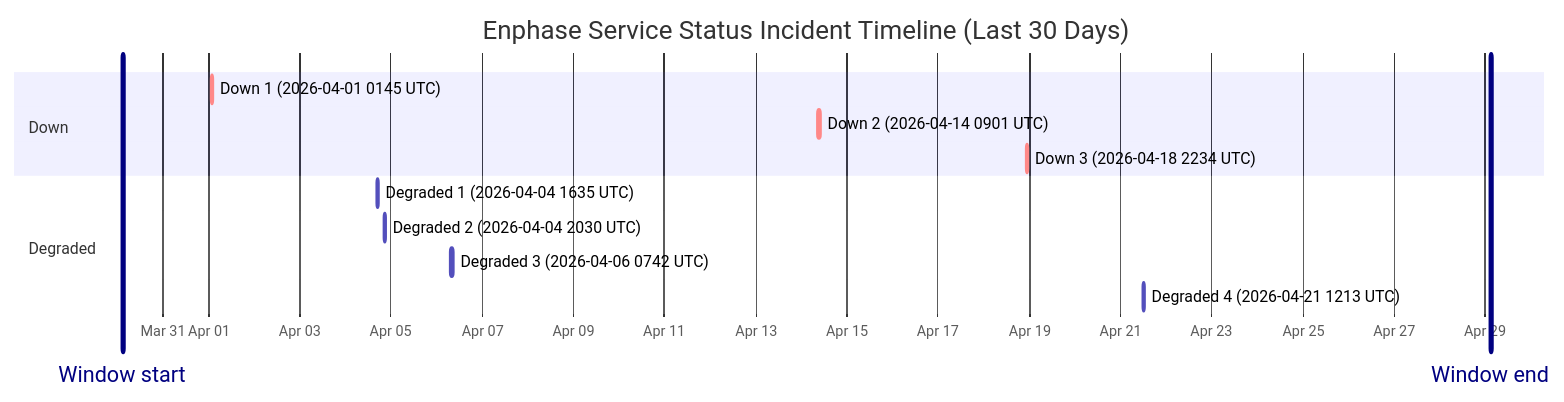
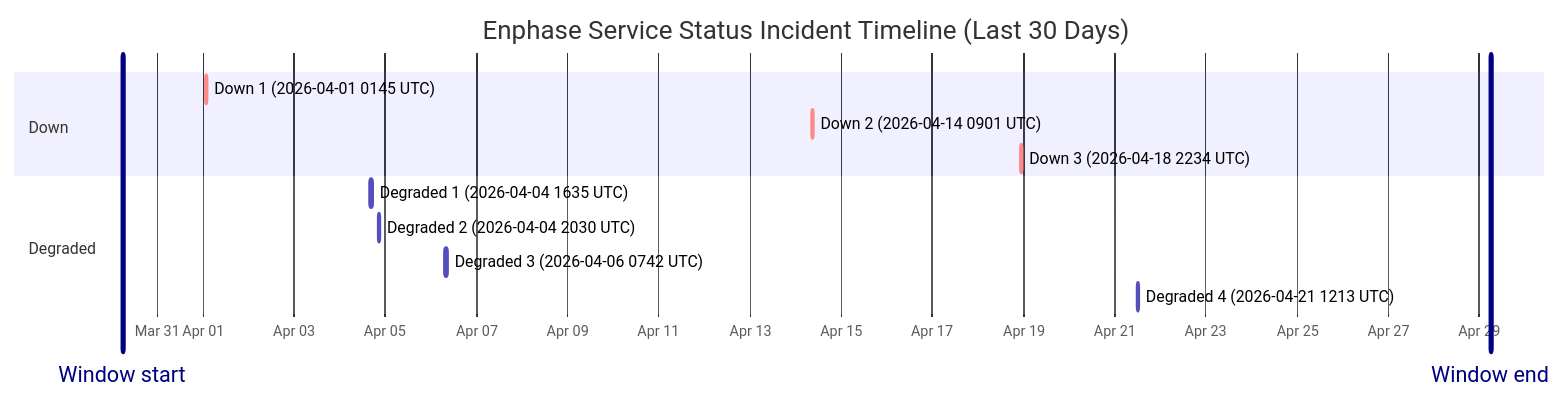
One commit to barneyonline/ha-enphase-ev-charger changed the diagram in wiki/Service-Status-History.md. Above: the diagram before and after it, drawn with Mermaid. The commit also changed other lines of this file and 3 other files, not shown here.

````diff
--- a/wiki/Service-Status-History.md
+++ b/wiki/Service-Status-History.md
@@ -14,17 +14,17 @@
 ```mermaid
 gantt
     title Enphase Service Status Incident Timeline (Last 30 Days)
     dateFormat  YYYY-MM-DDTHH:mm:ss
     axisFormat  %b %d
-    Window start :vert, window-start, 2026-03-30T02:47:51, 0ms
-    Window end :vert, window-end, 2026-04-29T02:47:51, 0ms
+    Window start :vert, window-start, 2026-03-30T05:54:02, 0ms
+    Window end :vert, window-end, 2026-04-29T05:54:02, 0ms
     section Down
     Down 1 (2026-04-01 0145 UTC) :crit, down-1, 2026-04-01T01:45:09, 60m
     Down 2 (2026-04-14 0901 UTC) :crit, down-2, 2026-04-14T09:01:13, 60m
     Down 3 (2026-04-18 2234 UTC) :crit, down-3, 2026-04-18T22:34:13, 60m
     section Degraded
     Degraded 1 (2026-04-04 1635 UTC) :active, degraded-1, 2026-04-04T16:35:17, 60m
     Degraded 2 (2026-04-04 2030 UTC) :active, degraded-2, 2026-04-04T20:30:40, 60m
     Degraded 3 (2026-04-06 0742 UTC) :active, degraded-3, 2026-04-06T07:42:09, 85m
     Degraded 4 (2026-04-21 1213 UTC) :active, degraded-4, 2026-04-21T12:13:11, 60m
 ```
````
